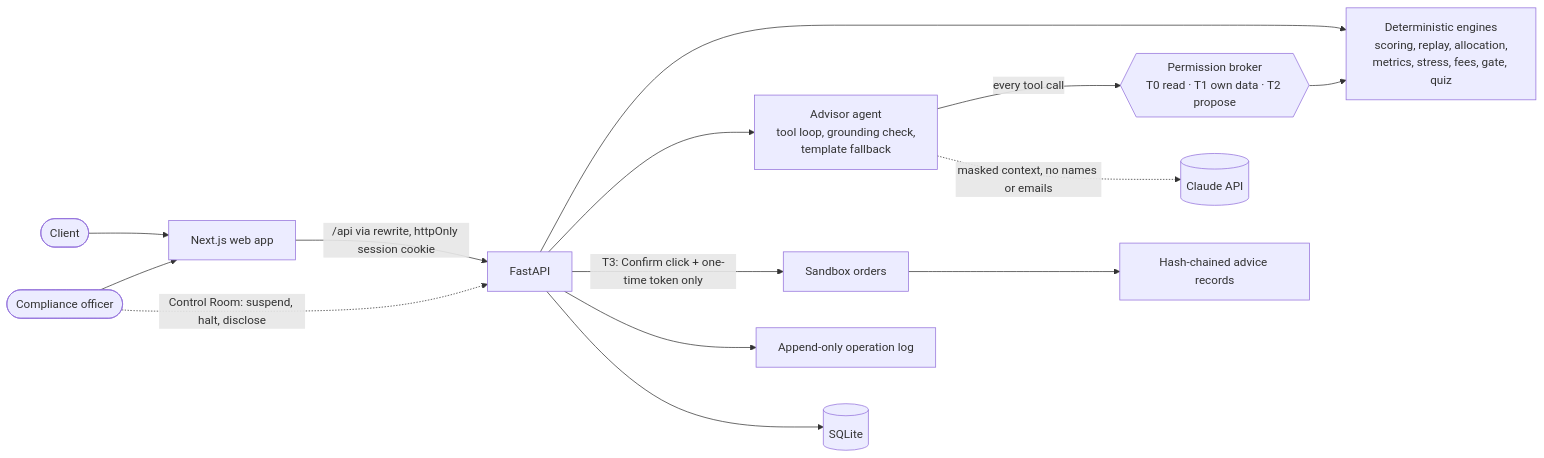
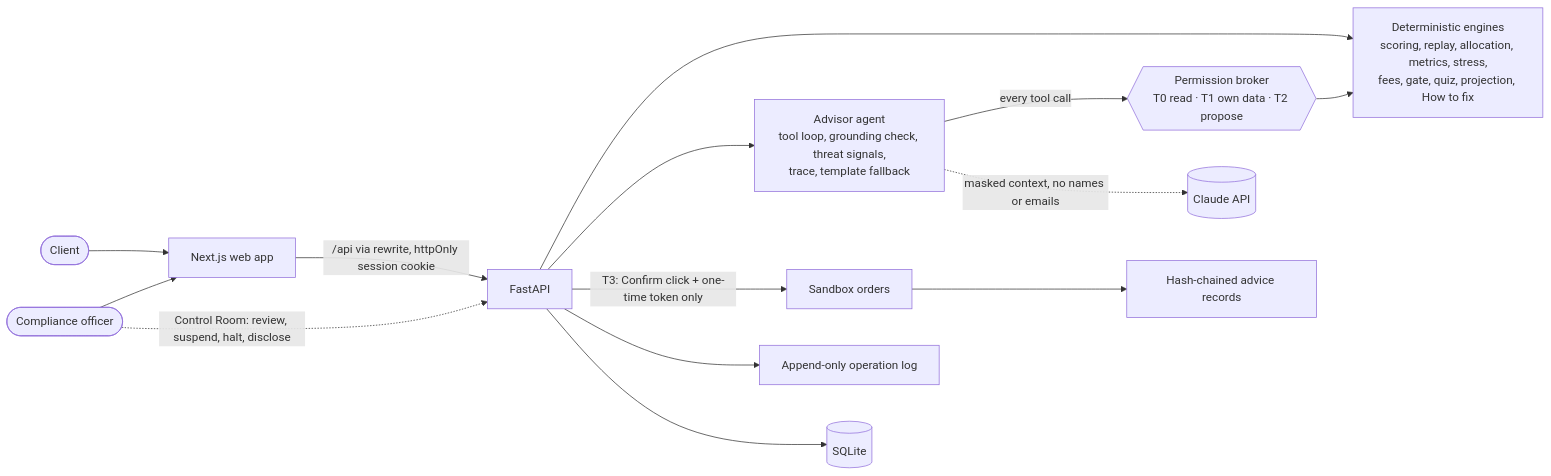
One commit to joynto7/Aegis-Wealth-AI changed the diagram in README.md. Above: the diagram before and after it, drawn with Mermaid. The commit also changed other lines of this file and 16 other files, not shown here.

````diff
--- a/README.md
+++ b/README.md
@@ -111,16 +131,16 @@
 ```mermaid
 flowchart LR
   Client([Client]) --> Web[Next.js web app]
   Officer([Compliance officer]) --> Web
   Web -- "/api via rewrite, httpOnly session cookie" --> API[FastAPI]
-  API --> Engines["Deterministic engines<br/>scoring, replay, allocation,<br/>metrics, stress, fees, gate, quiz"]
-  API --> Agent["Advisor agent<br/>tool loop, grounding check,<br/>template fallback"]
+  API --> Engines["Deterministic engines<br/>scoring, replay, allocation, metrics, stress,<br/>fees, gate, quiz, projection, How to fix"]
+  API --> Agent["Advisor agent<br/>tool loop, grounding check, threat signals,<br/>trace, template fallback"]
   Agent -- "every tool call" --> Broker{{"Permission broker<br/>T0 read · T1 own data · T2 propose"}}
   Broker --> Engines
   Agent -. "masked context, no names or emails" .-> Claude[(Claude API)]
   API -- "T3: Confirm click + one-time token only" --> Sandbox[Sandbox orders]
-  Officer -. "Control Room: suspend, halt, disclose" .-> API
+  Officer -. "Control Room: review, suspend, halt, disclose" .-> API
   Sandbox --> Records["Hash-chained advice records"]
   API --> Log["Append-only operation log"]
   API --> DB[(SQLite)]
 ```
````
